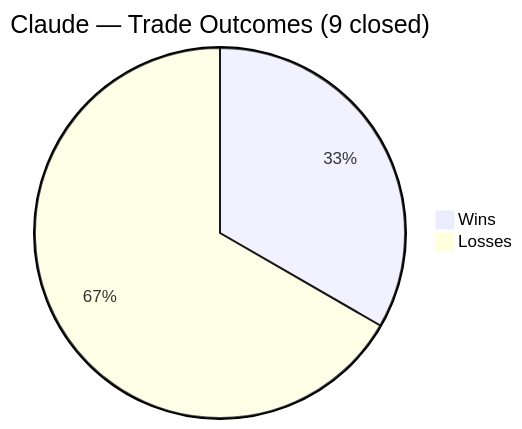
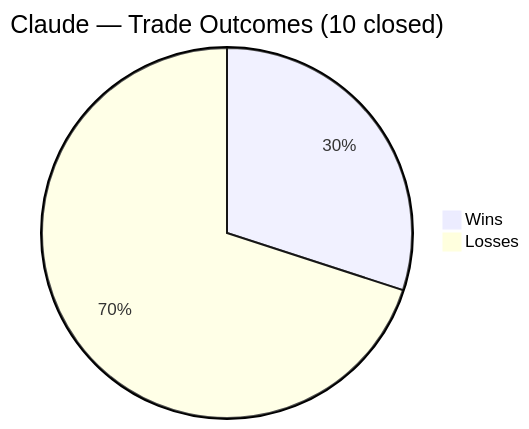
Before and after one commit to zachisit/ai-auto-buy-thesis: the third of 5 diagrams in README.md, drawn with Mermaid. The commit also changed other lines of this file and 2 other files, not shown here.

````diff
--- a/README.md
+++ b/README.md
@@ -47,5 +47,5 @@
 ```mermaid
-pie title Claude — Trade Outcomes (9 closed)
+pie title Claude — Trade Outcomes (10 closed)
     "Wins" : 3
-    "Losses" : 6
+    "Losses" : 7
 ```
````
